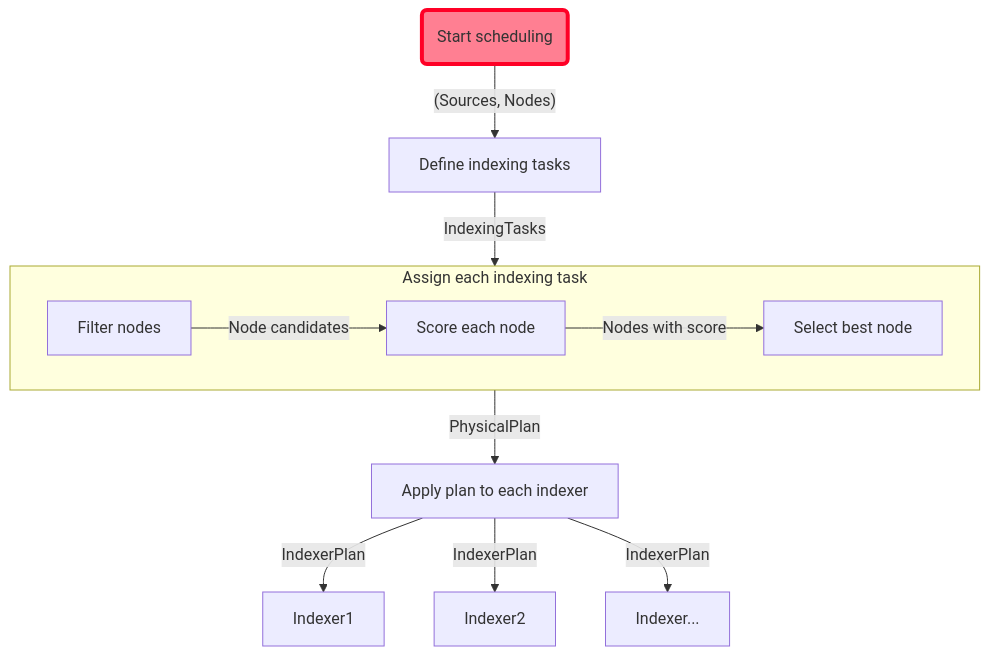
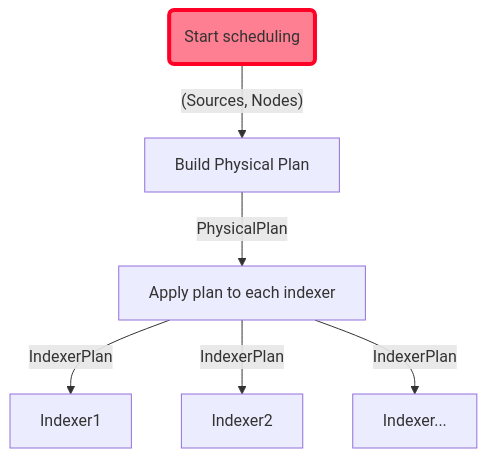
One commit to quickwit-oss/quickwit changed the diagram in quickwit/quickwit-control-plane/README.md. Above: the diagram before and after it, drawn with Mermaid. The commit also changed other lines of this file and 5 other files, not shown here.

````diff
--- a/quickwit/quickwit-control-plane/README.md
+++ b/quickwit/quickwit-control-plane/README.md
@@ -16,15 +18,9 @@
 ```mermaid
 flowchart TB
-    StartScheduling(Start scheduling)--"(Sources, Nodes)"-->Define
+    StartScheduling(Start scheduling)--"(Sources, Nodes)"-->BuildPhysical
     style StartScheduling fill:#ff0026,fill-opacity:0.5,stroke:#ff0026,stroke-width:4px
-    Define[Define indexing tasks] --IndexingTasks--> AssignTasks
-    subgraph AssignTasks[Assign each indexing task]
-    direction LR
-    Filter[Filter nodes]--Node candidates-->Score
-    Score[Score each node]--Nodes with score-->Select[Select best node]
-    end
-    AssignTasks--PhysicalPlan-->Apply
+    BuildPhysical[Build Physical Plan]--PhysicalPlan-->Apply
     Apply[Apply plan to each indexer] --IndexerPlan--> Indexer1
     Apply --IndexerPlan--> Indexer2
     Apply --IndexerPlan--> Indexer...
 ```
````
